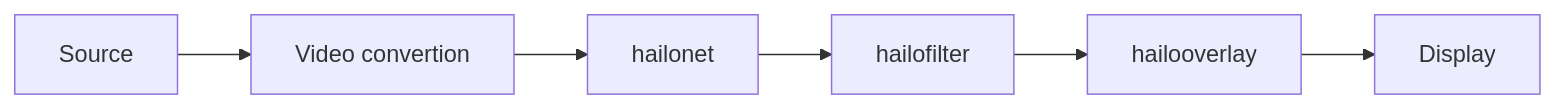
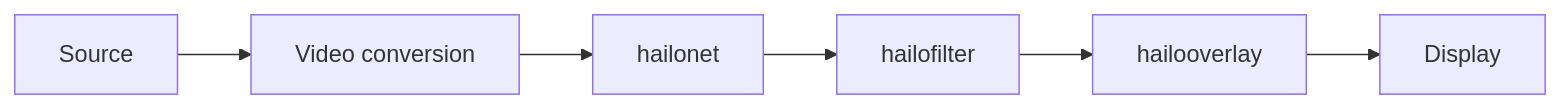
The first of 5 diagrams in doc/developer_guide/app_development.md (hailocs/hailo-apps-internal), drawn with Mermaid before and after one commit. The commit also changed other lines of this file and 5 other files, not shown here.

````diff
--- a/doc/developer_guide/app_development.md
+++ b/doc/developer_guide/app_development.md
@@ -280,4 +280,4 @@
 ```mermaid
 flowchart LR
-    A[Source] --> B[Video convertion] --> C[hailonet] --> D[hailofilter] --> E[hailooverlay] --> F[Display]
+    A[Source] --> B[Video conversion] --> C[hailonet] --> D[hailofilter] --> E[hailooverlay] --> F[Display]
 ```
````
